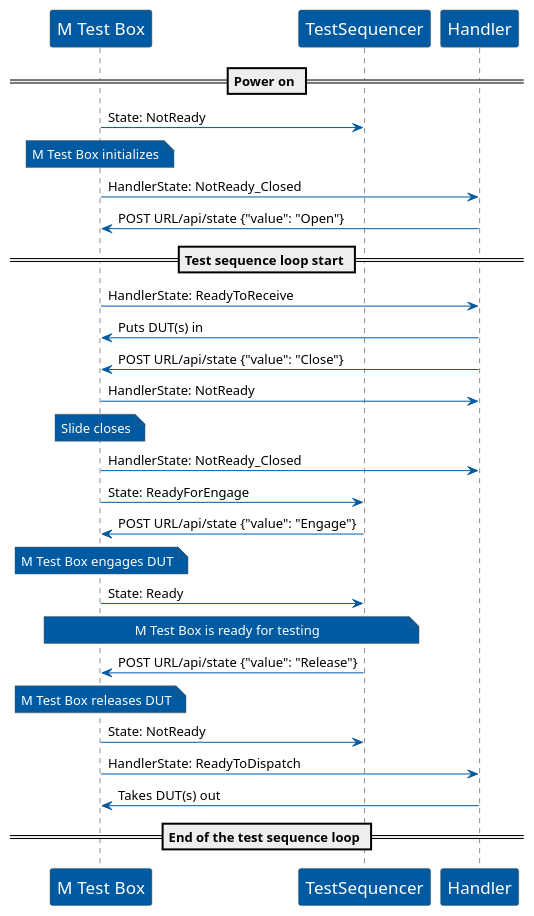
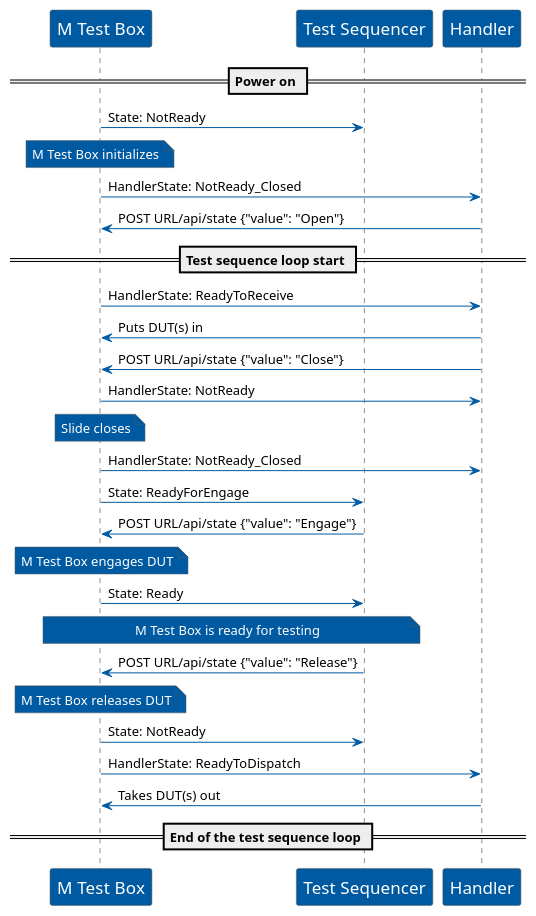
Before and after one commit to jotautomation/G5-Test-Sequencer-Docs: the diagram in pumls/M_box_handler_sequence.puml, drawn with PlantUML. The commit also changed 3 other files, not shown here.

Commit message:
Rename TestSequencer as Test Sequencer

```diff
--- a/pumls/M_box_handler_sequence.puml
+++ b/pumls/M_box_handler_sequence.puml
@@ -2,77 +2,77 @@
 @startuml
 
 skinparam noteBorderColor #5a5a5a
 skinparam noteBackgroundColor #005aa1
 skinparam noteFontColor white
 
 
 skinparam sequence {
   ArrowColor #005aa1
   ParticipantBackgroundColor #005aa1
   ParticipantFontName Apex
   ParticipantFontSize 17
   ParticipantFontColor White
   ParticipantBorderColor #5a5a5a
 
   ActorBorderColor #5a5a5a
   ActorBackgroundColor #005aa1
   ActorFontColor #005aa1
   ActorFontSize 17
   ActorFontName Apex
 
 
 }
 
 
 participant "M Test Box"
-participant TestSequencer
+participant "Test Sequencer"
 participant Handler
 
 == Power on ==
 
 
-"M Test Box" -> TestSequencer: State: NotReady
+"M Test Box" -> "Test Sequencer": State: NotReady
 
 note over "M Test Box": M Test Box initializes
 
 "M Test Box" -> Handler : HandlerState: NotReady_Closed
 
 Handler -> "M Test Box": POST URL/api/state {"value": "Open"}
 
 == Test sequence loop start ==
 
 "M Test Box" -> Handler : HandlerState: ReadyToReceive
 
 Handler -> "M Test Box": Puts DUT(s) in
 
 Handler -> "M Test Box": POST URL/api/state {"value": "Close"}
 
 "M Test Box" -> Handler : HandlerState: NotReady
 
 note over "M Test Box": Slide closes
 
 "M Test Box" -> Handler : HandlerState: NotReady_Closed
 
-"M Test Box" -> TestSequencer: State: ReadyForEngage
+"M Test Box" -> "Test Sequencer": State: ReadyForEngage
 
-TestSequencer -> "M Test Box": POST URL/api/state {"value": "Engage"}
+"Test Sequencer" -> "M Test Box": POST URL/api/state {"value": "Engage"}
 
 note over "M Test Box": M Test Box engages DUT
 
-"M Test Box" -> TestSequencer: State: Ready
+"M Test Box" -> "Test Sequencer": State: Ready
 
-note over TestSequencer, "M Test Box": M Test Box is ready for testing
+note over "Test Sequencer", "M Test Box": M Test Box is ready for testing
 
-TestSequencer -> "M Test Box": POST URL/api/state {"value": "Release"}
+"Test Sequencer" -> "M Test Box": POST URL/api/state {"value": "Release"}
 
 note over "M Test Box": M Test Box releases DUT
 
-"M Test Box" -> TestSequencer: State: NotReady
+"M Test Box" -> "Test Sequencer": State: NotReady
 
 "M Test Box" -> Handler : HandlerState: ReadyToDispatch
 
 Handler -> "M Test Box": Takes DUT(s) out
 
 == End of the test sequence loop ==
 
 @enduml
```
